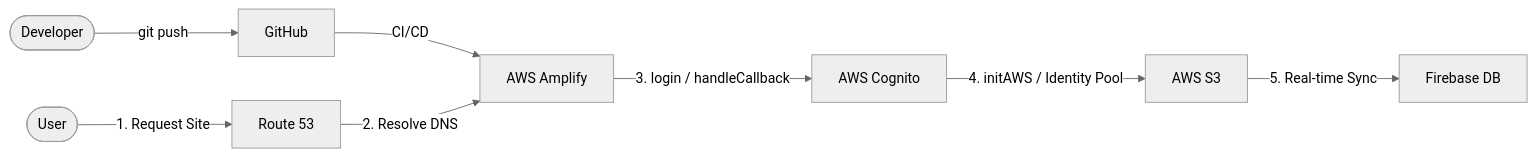
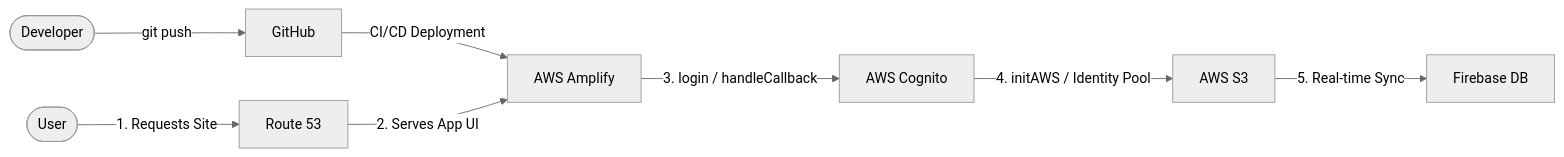
The diagram in README.md (YonatanUka/aws-serveless), drawn with Mermaid (neutral theme) before and after one commit.

````diff
--- a/README.md
+++ b/README.md
@@ -42,13 +42,13 @@
 ```mermaid
 graph LR
-    %% 1. Flusso di Sviluppo (CI/CD)
+    %% 1. Development Workflow (CI/CD)
     Dev([ Developer]) -->|git push| GitHub[ GitHub]
-    GitHub -->|CI/CD| Amplify[ AWS Amplify]
+    GitHub -->|CI/CD Deployment| Amplify[ AWS Amplify]
 
-    %% 2. Flusso Utente Sequenziale (Sequenza di Rete e Codice)
-    User([ User]) -->|1. Request Site| Route53[ Route 53]
-    Route53 -->|2. Resolve DNS| Amplify
+    %% 2. Sequential User Flow (Network & Code Execution)
+    User([ User]) -->|1. Requests Site| Route53[ Route 53]
+    Route53 -->|2. Serves App UI| Amplify
     Amplify -->|3. login / handleCallback| Cognito[ AWS Cognito]
     Cognito -->|4. initAWS / Identity Pool| S3[ AWS S3]
     S3 -->|5. Real-time Sync| Firebase[ Firebase DB]
 ```
````
